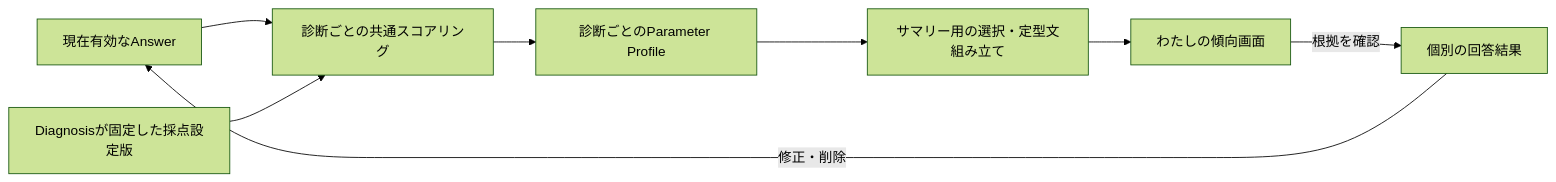
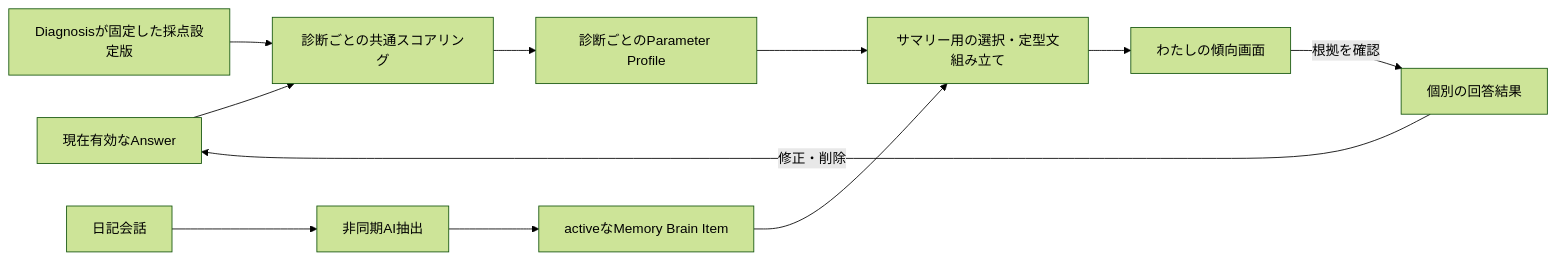
One commit to kkyosuke/me-builder changed the second of 2 diagrams in docs/product/profile-summary-experience.md. Above: the diagram before and after it, drawn with Mermaid (forest theme). The commit also changed other lines of this file and 30 other files, not shown here.

````diff
--- a/docs/product/profile-summary-experience.md
+++ b/docs/product/profile-summary-experience.md
@@ -174,10 +193,13 @@
 ```mermaid
 flowchart LR
     A[現在有効なAnswer] --> S[診断ごとの共通スコアリング]
     C[Diagnosisが固定した採点設定版] --> S
     S --> P[診断ごとのParameter Profile]
     P --> V[サマリー用の選択・定型文組み立て]
+    D[日記会話] --> AI[非同期AI抽出]
+    AI --> M[activeなMemory Brain Item]
+    M --> V
     V --> U[わたしの傾向画面]
     U -->|根拠を確認| R[個別の回答結果]
     R -->|修正・削除| A
 ```
````
